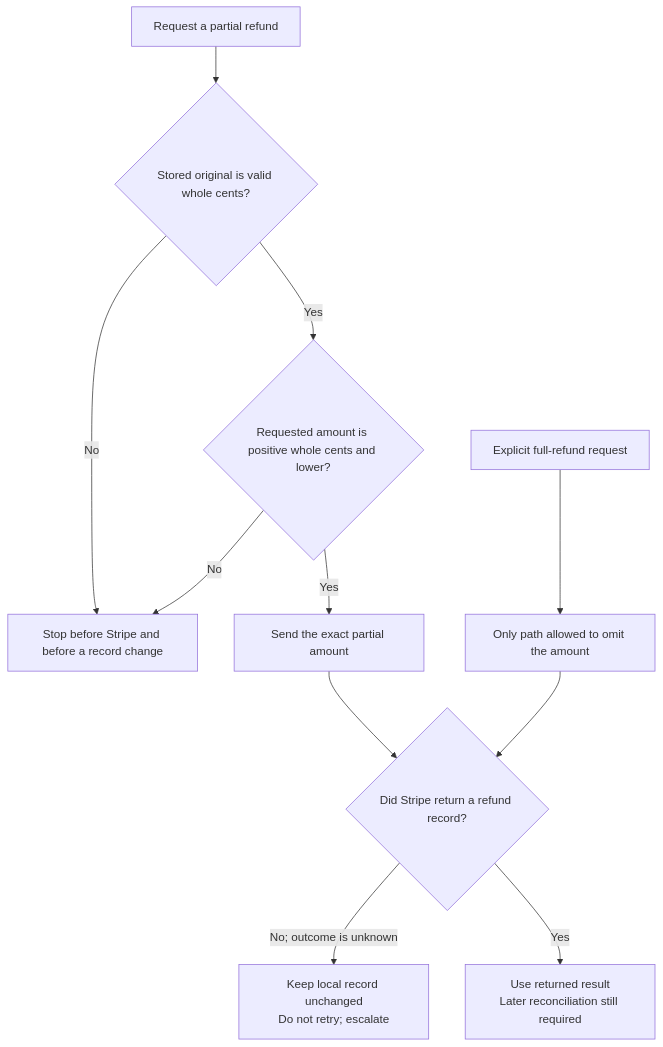
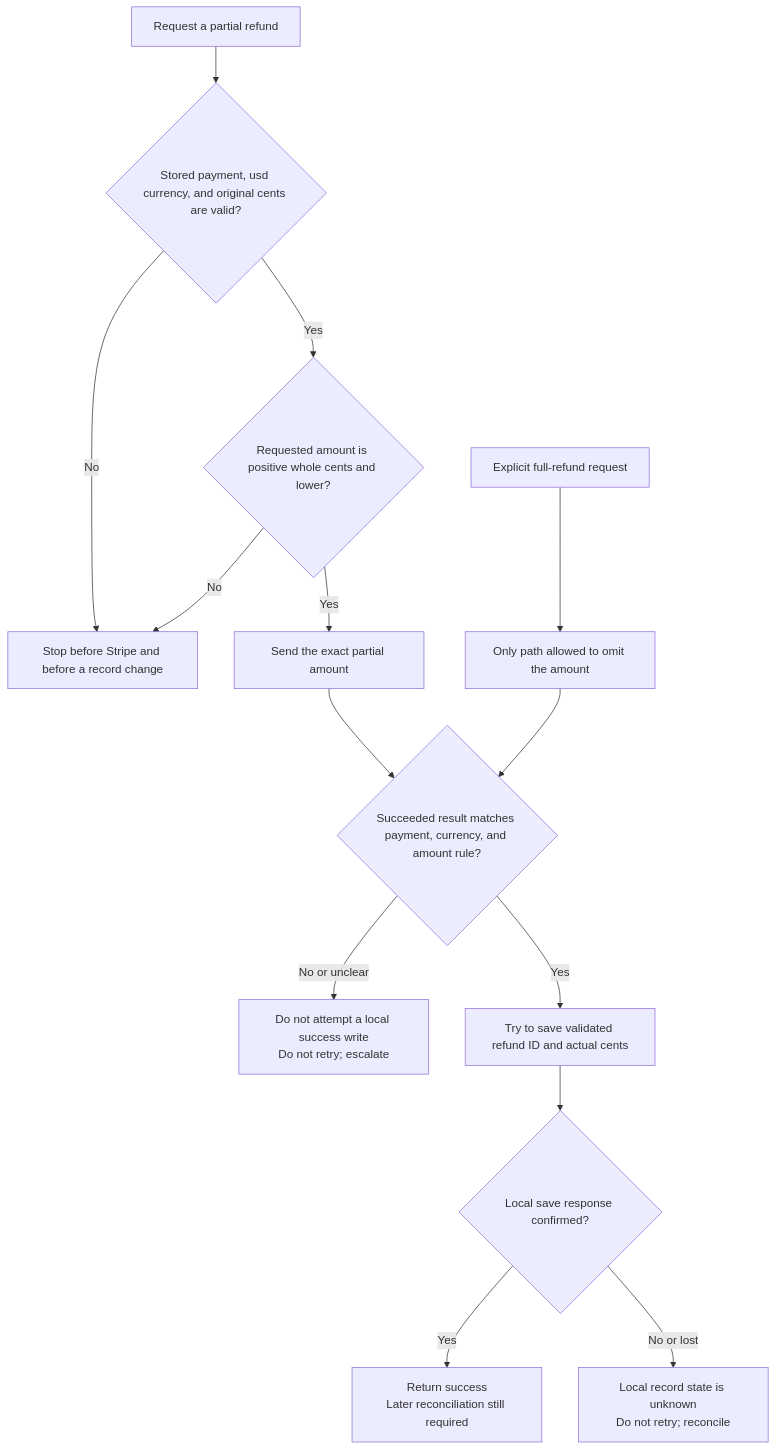
One commit to Run-MPRC/Run-MPRC.github.io changed the fifth of 6 diagrams in docs/officers/EVENTS_SHOP_MEMBERS.md. Above: the diagram before and after it, drawn with Mermaid. The commit also changed other lines of this file and 9 other files, not shown here.

First line of the commit message:
PAY-005A2: validate Stripe refund results (#205)

````diff
--- a/docs/officers/EVENTS_SHOP_MEMBERS.md
+++ b/docs/officers/EVENTS_SHOP_MEMBERS.md
@@ -252,13 +252,16 @@
 ```mermaid
 flowchart TD
-    Ask["Request a partial refund"] --> Stored{"Stored original is valid whole cents?"}
+    Ask["Request a partial refund"] --> Stored{"Stored payment, usd currency, and original cents are valid?"}
     Stored -- "No" --> Stop["Stop before Stripe and before a record change"]
     Stored -- "Yes" --> Check{"Requested amount is positive whole cents and lower?"}
     Check -- "No" --> Stop["Stop before Stripe and before a record change"]
     Check -- "Yes" --> Partial["Send the exact partial amount"]
-    Partial --> Result{"Did Stripe return a refund record?"}
-    Result -- "No; outcome is unknown" --> Unknown["Keep local record unchanged\nDo not retry; escalate"]
-    Result -- "Yes" --> Returned["Use returned result\nLater reconciliation still required"]
+    Partial --> Result{"Succeeded result matches payment, currency, and amount rule?"}
+    Result -- "No or unclear" --> Unknown["Do not attempt a local success write\nDo not retry; escalate"]
+    Result -- "Yes" --> Save["Try to save validated refund ID and actual cents"]
+    Save --> Saved{"Local save response confirmed?"}
+    Saved -- "Yes" --> Returned["Return success\nLater reconciliation still required"]
+    Saved -- "No or lost" --> LocalUnknown["Local record state is unknown\nDo not retry; reconcile"]
     Full["Explicit full-refund request"] --> Omit["Only path allowed to omit the amount"]
     Omit --> Result
 ```
````
